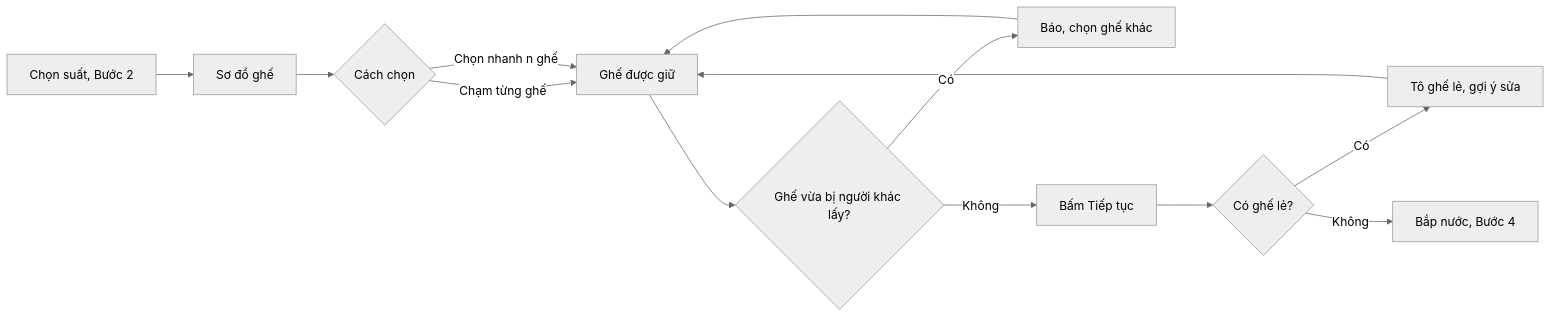
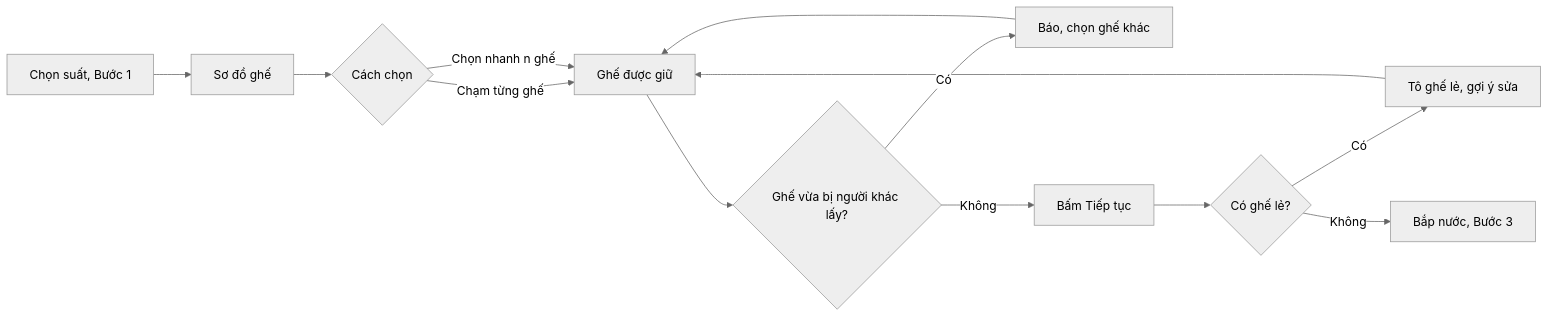
One commit to uxfoundation-vn/de08-dat-ve-xem-phim changed the third of 5 diagrams in docs/PRD.md. Above: the diagram before and after it, drawn with Mermaid (neutral theme). The commit also changed other lines of this file and 2 other files, not shown here.

````diff
--- a/docs/PRD.md
+++ b/docs/PRD.md
@@ -320,15 +257,15 @@
 ```mermaid
 flowchart LR
-  A["Chọn suất, Bước 2"] --> B["Sơ đồ ghế"]
+  A["Chọn suất, Bước 1"] --> B["Sơ đồ ghế"]
   B --> C{"Cách chọn"}
   C -->|Chạm từng ghế| D["Ghế được giữ"]
   C -->|Chọn nhanh n ghế| D
   D --> E{"Ghế vừa bị người khác lấy?"}
   E -->|Có| F["Báo, chọn ghế khác"]
   F --> D
   E -->|Không| G["Bấm Tiếp tục"]
   G --> H{"Có ghế lẻ?"}
   H -->|Có| I["Tô ghế lẻ, gợi ý sửa"]
   I --> D
-  H -->|Không| J["Bắp nước, Bước 4"]
+  H -->|Không| J["Bắp nước, Bước 3"]
 ```
````
